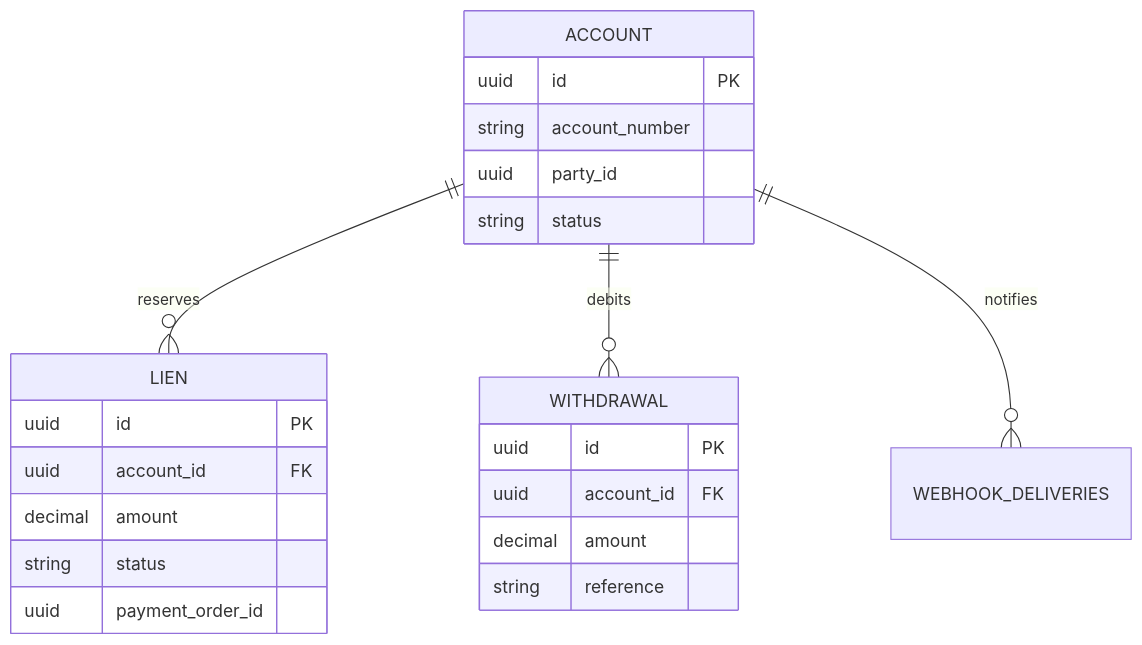
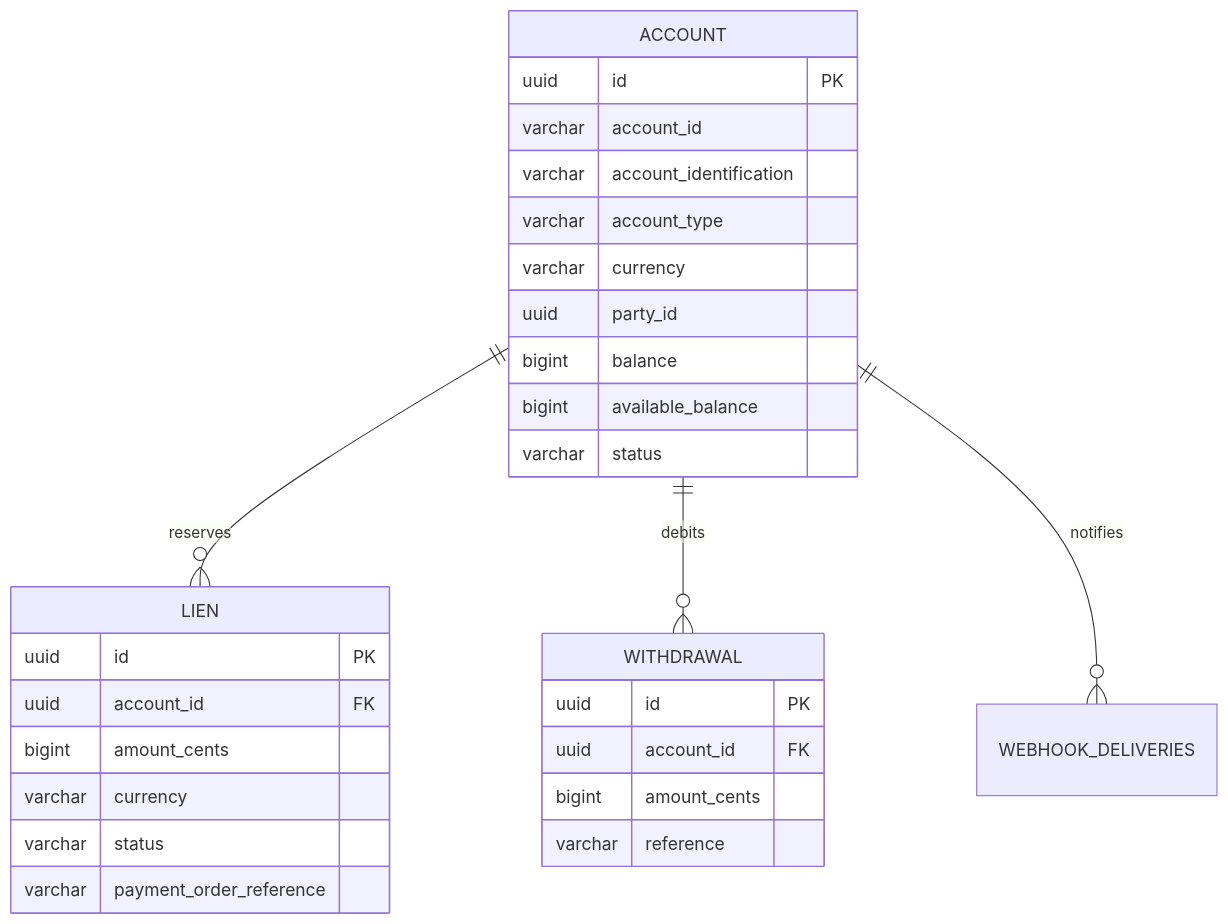
The fourth of 13 diagrams in docs/architecture/data-model.md (meridianhub/meridian), drawn with Mermaid before and after one commit. The commit also changed other lines of this file, not shown here.

Commit message:
docs: Address review feedback on data model doc
- Clarify that Atlas validates against Postgres 16, so CockroachDB
  compatibility is enforced by developer discipline and code review
  rather than automated tooling (coderabbitai, claude[bot])
- Correct party_type_definition field names: party_type, attribute_schema,
  validation_cel, eligibility_cel (not code/json_schema/cel_expression)
- Correct current_account.account field names: account_id and
  account_identification are the identifier columns, not account_number
- Correct lien field names: amount_cents (bigint) and
  payment_order_reference (varchar), not decimal amount and uuid FK
- Update cross-service flow label accordingly

````diff
--- a/docs/architecture/data-model.md
+++ b/docs/architecture/data-model.md
@@ -349,25 +353,31 @@
 ```mermaid
 erDiagram
     ACCOUNT ||--o{ LIEN : reserves
     ACCOUNT ||--o{ WITHDRAWAL : debits
     ACCOUNT ||--o{ WEBHOOK_DELIVERIES : notifies
     ACCOUNT {
         uuid id PK
-        string account_number
+        varchar account_id
+        varchar account_identification
+        varchar account_type
+        varchar currency
         uuid party_id
-        string status
+        bigint balance
+        bigint available_balance
+        varchar status
     }
     LIEN {
         uuid id PK
         uuid account_id FK
-        decimal amount
-        string status
-        uuid payment_order_id
+        bigint amount_cents
+        varchar currency
+        varchar status
+        varchar payment_order_reference
     }
     WITHDRAWAL {
         uuid id PK
         uuid account_id FK
-        decimal amount
-        string reference
+        bigint amount_cents
+        varchar reference
     }
 ```
````
